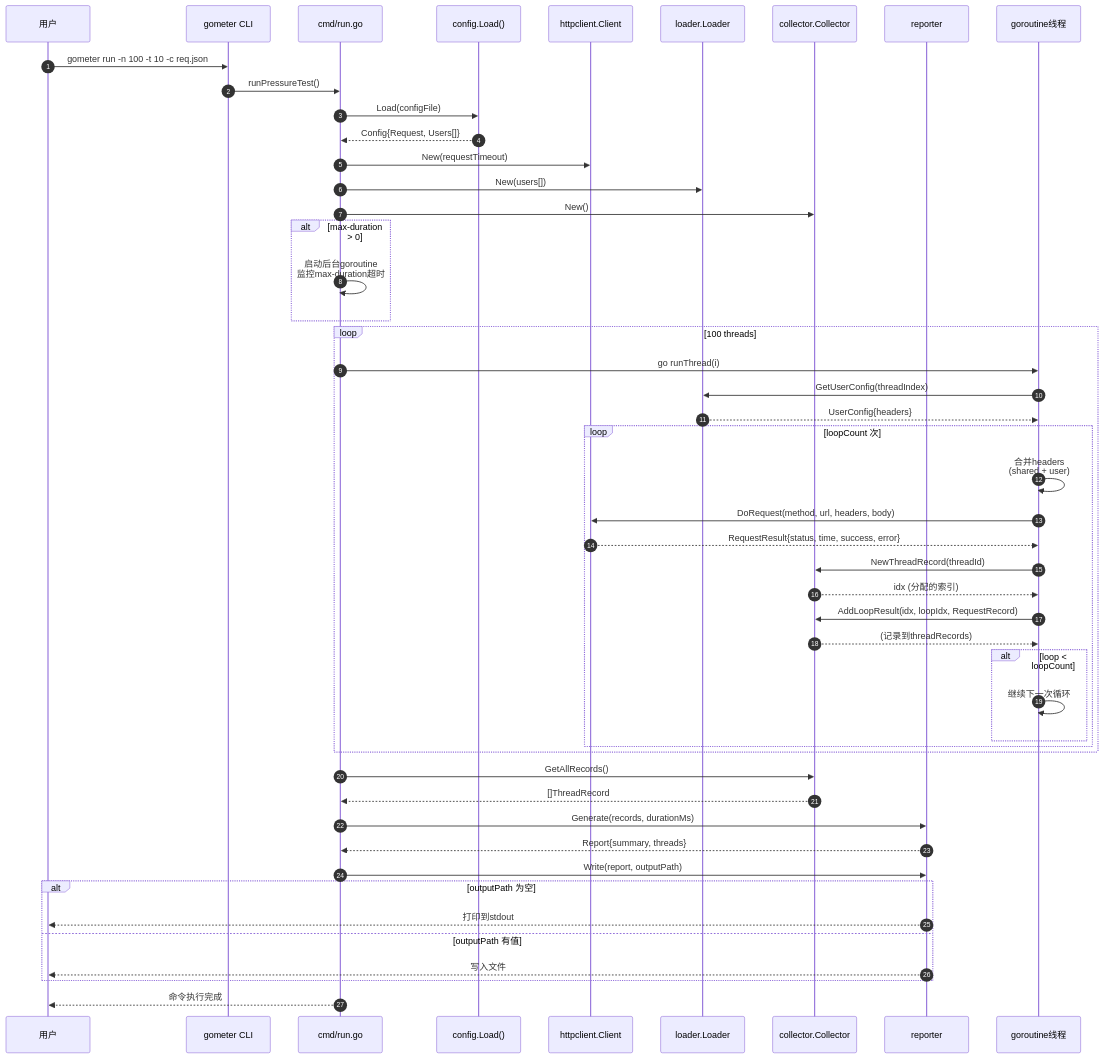
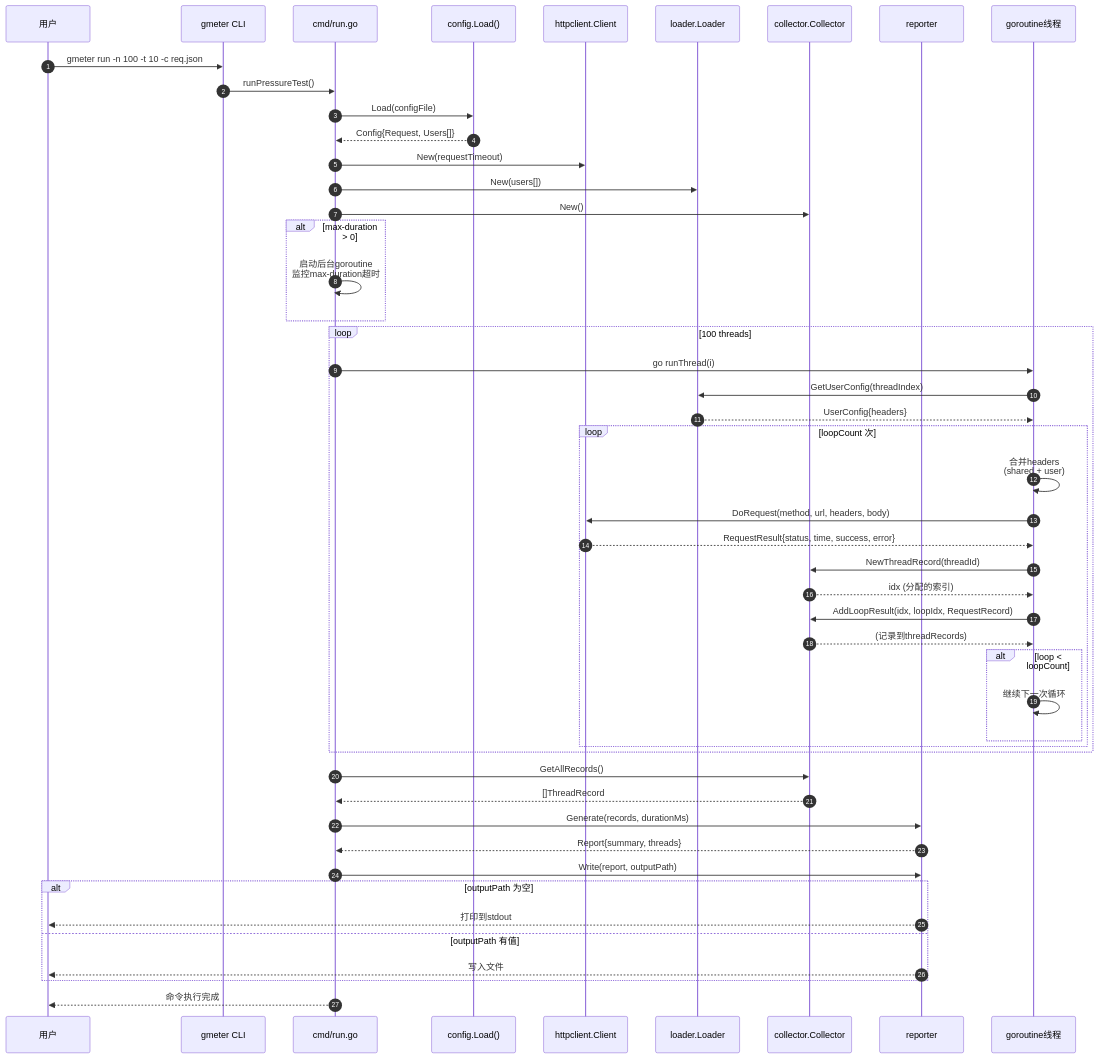
The diagram in docs/ARCHITECTURE.md (Nahiyi/gometer), drawn with Mermaid before and after one commit. The commit also changed other lines of this file and 13 other files, not shown here.

````diff
--- a/docs/ARCHITECTURE.md
+++ b/docs/ARCHITECTURE.md
@@ -537,62 +537,62 @@
 ```mermaid
 sequenceDiagram
     autonumber
     participant User as 用户
-    participant CLI as gometer CLI
+    participant CLI as gmeter CLI
     participant RunCmd as cmd/run.go
     participant Config as config.Load()
     participant HTTPClient as httpclient.Client
     participant Loader as loader.Loader
     participant Collector as collector.Collector
     participant Reporter as reporter
     participant Goroutine as goroutine线程
 
-    User->>CLI: gometer run -n 100 -t 10 -c req.json
+    User->>CLI: gmeter run -n 100 -t 10 -c req.json
 
     CLI->>RunCmd: runPressureTest()
     RunCmd->>Config: Load(configFile)
     Config-->>RunCmd: Config{Request, Users[]}
 
     RunCmd->>HTTPClient: New(requestTimeout)
     RunCmd->>Loader: New(users[])
     RunCmd->>Collector: New()
 
     alt max-duration > 0
         RunCmd->>RunCmd: 启动后台goroutine<br/>监控max-duration超时
     end
 
     loop 100 threads
         RunCmd->>Goroutine: go runThread(i)
         Goroutine->>Loader: GetUserConfig(threadIndex)
         Loader-->>Goroutine: UserConfig{headers}
 
         loop loopCount 次
             Goroutine->>Goroutine: 合并headers<br/>(shared + user)
             Goroutine->>HTTPClient: DoRequest(method, url, headers, body)
             HTTPClient-->>Goroutine: RequestResult{status, time, success, error}
 
             Goroutine->>Collector: NewThreadRecord(threadId)
             Collector-->>Goroutine: idx (分配的索引)
 
             Goroutine->>Collector: AddLoopResult(idx, loopIdx, RequestRecord)
             Collector-->>Goroutine: (记录到threadRecords)
 
             alt loop < loopCount
                 Goroutine->>Goroutine: 继续下一次循环
             end
         end
     end
 
     RunCmd->>Collector: GetAllRecords()
     Collector-->>RunCmd: []ThreadRecord
     RunCmd->>Reporter: Generate(records, durationMs)
     Reporter-->>RunCmd: Report{summary, threads}
     RunCmd->>Reporter: Write(report, outputPath)
     alt outputPath 为空
         Reporter-->>User: 打印到stdout
     else outputPath 有值
         Reporter-->>User: 写入文件
     end
 
     RunCmd-->>User: 命令执行完成
 ```
````
